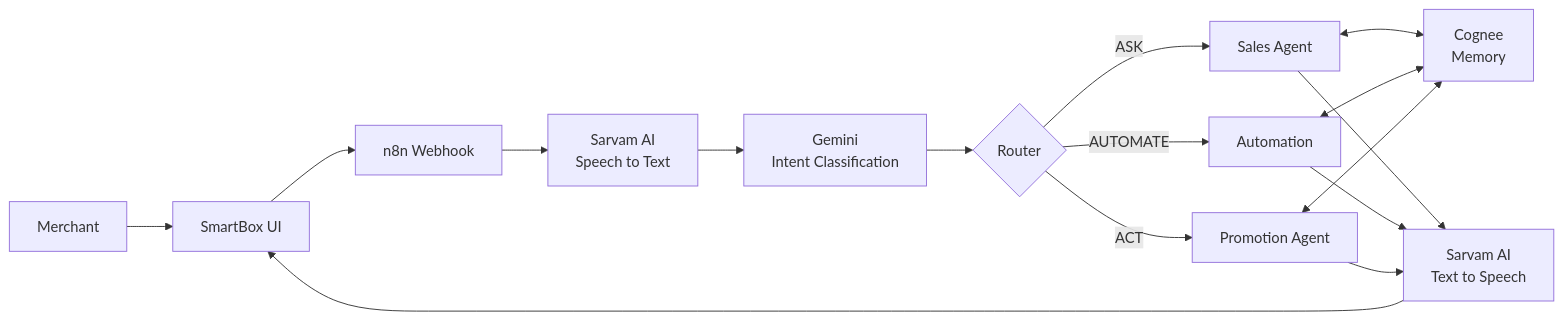
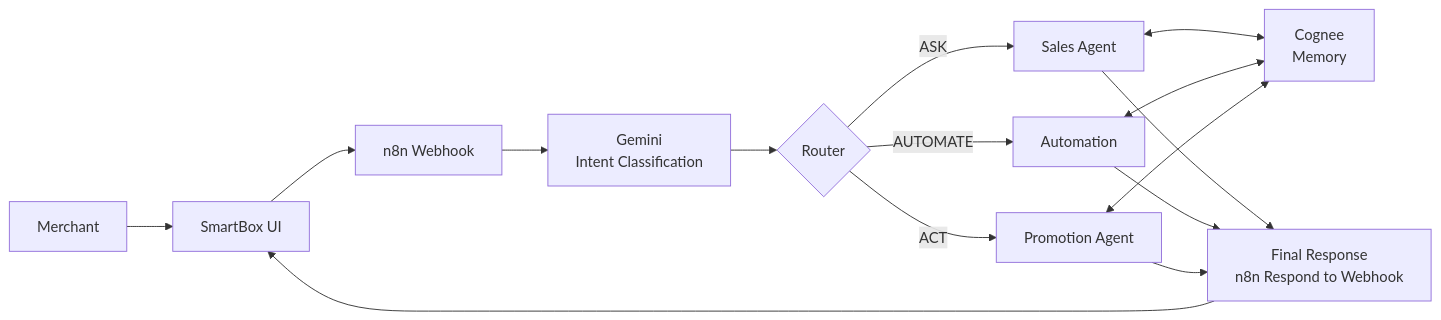
Before and after one commit to Purvijain1234/Paytm-SmartBox: the diagram in README.MD, drawn with Mermaid. The commit also changed other lines of this file, not shown here.

````diff
--- a/README.MD
+++ b/README.MD
@@ -45,18 +45,21 @@
 ```mermaid
 flowchart LR
     M["Merchant"] --> UI["SmartBox UI"]
     UI --> N["n8n Webhook"]
-    N --> S1["Sarvam AI<br/>Speech to Text"]
-    S1 --> G["Gemini<br/>Intent Classification"]
+    N --> G["Gemini<br/>Intent Classification"]
     G --> R{"Router"}
+
     R -->|ASK| A["Sales Agent"]
     R -->|AUTOMATE| B["Automation"]
     R -->|ACT| C["Promotion Agent"]
+
     A <--> MEM["Cognee<br/>Memory"]
     B <--> MEM
     C <--> MEM
-    A --> S2["Sarvam AI<br/>Text to Speech"]
-    B --> S2
-    C --> S2
-    S2 --> UI
+
+    A --> OUT["Final Response<br/>n8n Respond to Webhook"]
+    B --> OUT
+    C --> OUT
+
+    OUT --> UI
 ```
````
